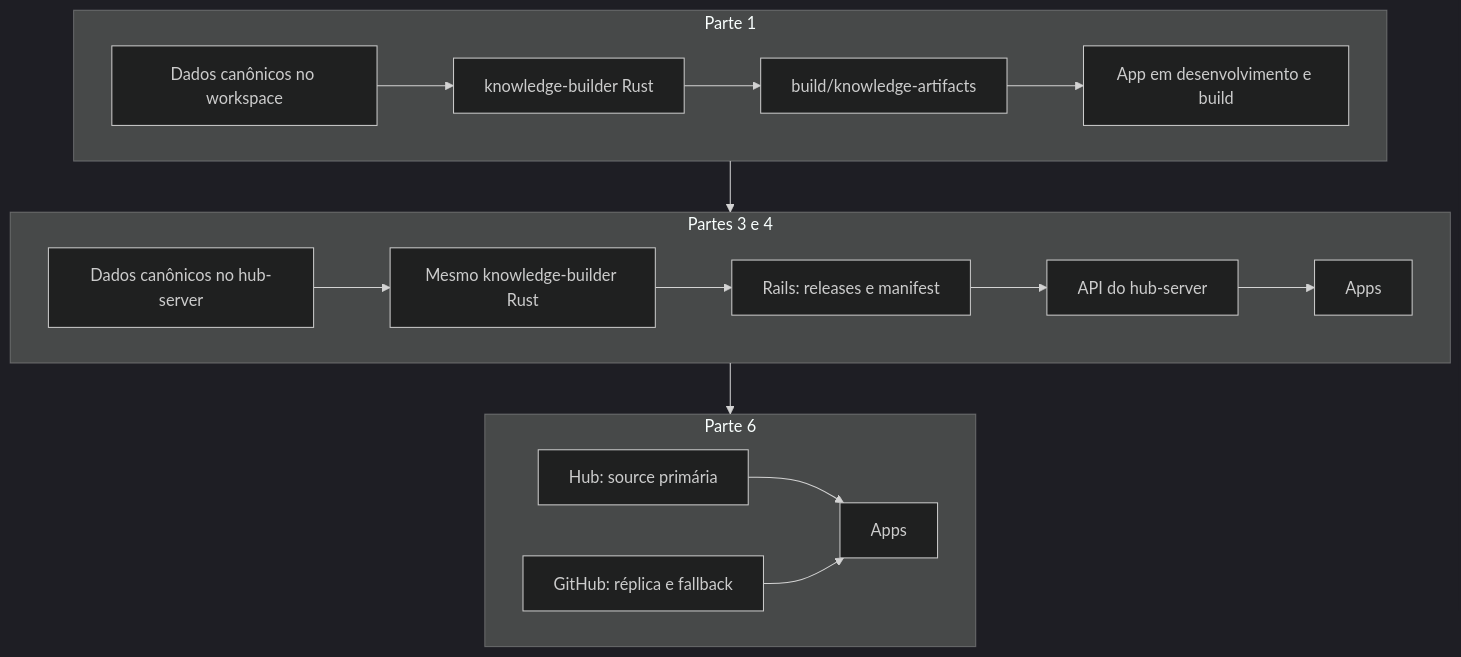
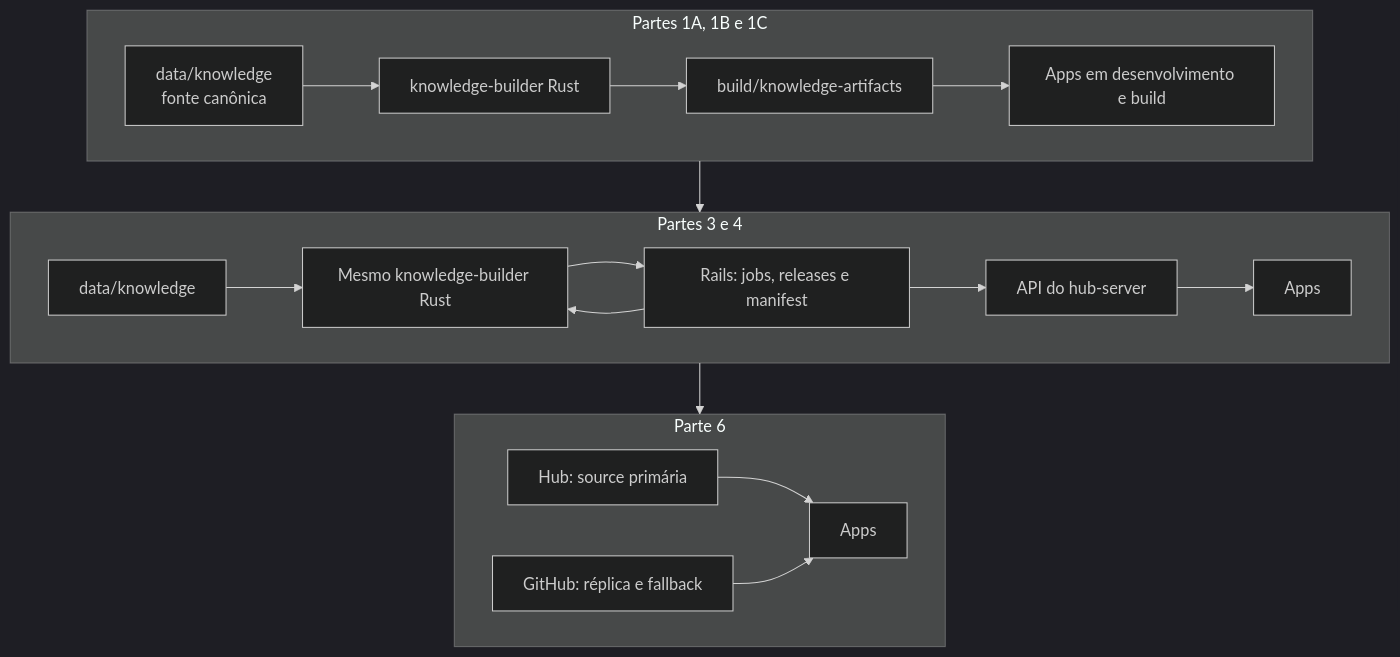
One commit to migmoroni/veterinary-clinic changed the second of 3 diagrams in docs/plans/hub-server/README.md. Above: the diagram before and after it, drawn with Mermaid (dark theme). The commit also changed other lines of this file and 9 other files, not shown here.

Commit message:
docs: hub-server plans 6

````diff
--- a/docs/plans/hub-server/README.md
+++ b/docs/plans/hub-server/README.md
@@ -43,22 +47,23 @@
 ```mermaid
 flowchart TB
-    subgraph S1["Parte 1"]
-        D1["Dados canônicos no workspace"] --> G1["knowledge-builder Rust"]
+    subgraph S1["Partes 1A, 1B e 1C"]
+        D1["data/knowledge<br/>fonte canônica"] --> G1["knowledge-builder Rust"]
         G1 --> B1["build/knowledge-artifacts"]
-        B1 --> A1["App em desenvolvimento e build"]
+        B1 --> A1["Apps em desenvolvimento e build"]
     end
 
     subgraph S2["Partes 3 e 4"]
-        D2["Dados canônicos no hub-server"] --> G2["Mesmo knowledge-builder Rust"]
-        G2 --> R2["Rails: releases e manifest"]
+        D2["data/knowledge"] --> G2["Mesmo knowledge-builder Rust"]
+        R2["Rails: jobs, releases e manifest"] --> G2
+        G2 --> R2
         R2 --> H2["API do hub-server"]
         H2 --> A2["Apps"]
     end
 
     subgraph S3["Parte 6"]
         H3["Hub: source primária"] --> A3["Apps"]
         GH3["GitHub: réplica e fallback"] --> A3
     end
 
     S1 --> S2 --> S3
 ```
````
